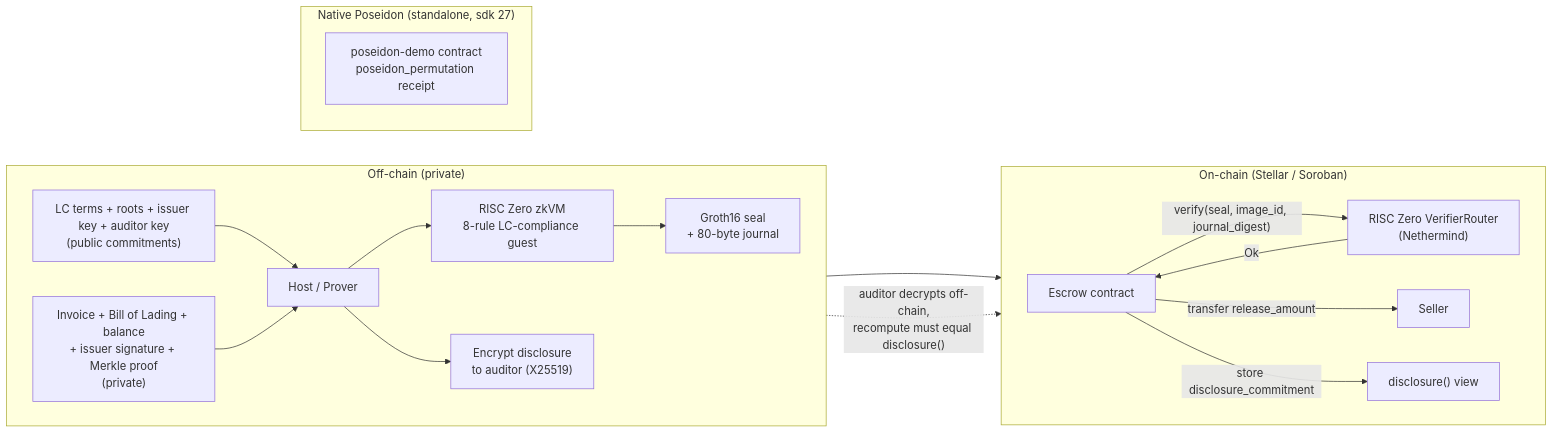
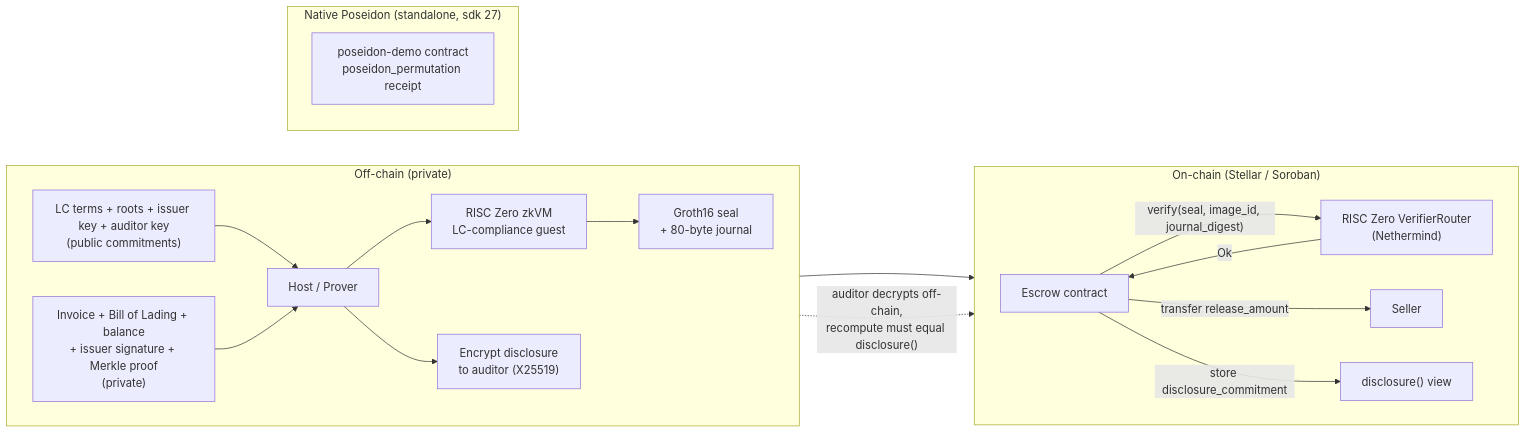
Before and after one commit to FlemingJohn/bill-of-zero: the first of 2 diagrams in README.md, drawn with Mermaid. The commit also changed other lines of this file and 4 other files, not shown here.

````diff
--- a/README.md
+++ b/README.md
@@ -48,35 +72,35 @@
 ```mermaid
 flowchart LR
     subgraph OFF["Off-chain (private)"]
         direction LR
         TERMS["LC terms + roots + issuer key + auditor key<br/>(public commitments)"]
         DOCS["Invoice + Bill of Lading + balance<br/>+ issuer signature + Merkle proof<br/>(private)"]
         HOST["Host / Prover"]
-        GUEST["RISC Zero zkVM<br/>8-rule LC-compliance guest"]
+        GUEST["RISC Zero zkVM<br/>LC-compliance guest"]
         AUD["Encrypt disclosure<br/>to auditor (X25519)"]
         TERMS --> HOST
         DOCS --> HOST
         HOST --> GUEST
         HOST --> AUD
         GUEST --> PROOF["Groth16 seal<br/>+ 80-byte journal"]
     end
 
     PROOF --> ESCROW
 
     subgraph ON["On-chain (Stellar / Soroban)"]
         direction LR
         ESCROW["Escrow contract"]
         ROUTER["RISC Zero VerifierRouter<br/>(Nethermind)"]
         SELLER["Seller"]
         ESCROW -- "verify(seal, image_id, journal_digest)" --> ROUTER
         ROUTER -- "Ok" --> ESCROW
         ESCROW -- "transfer release_amount" --> SELLER
         ESCROW -- "store disclosure_commitment" --> DISC["disclosure() view"]
     end
 
     AUD -. "auditor decrypts off-chain,<br/>recompute must equal disclosure()" .-> DISC
 
     subgraph SIDE["Native Poseidon (standalone, sdk 27)"]
         POS["poseidon-demo contract<br/>poseidon_permutation receipt"]
     end
 ```
````
